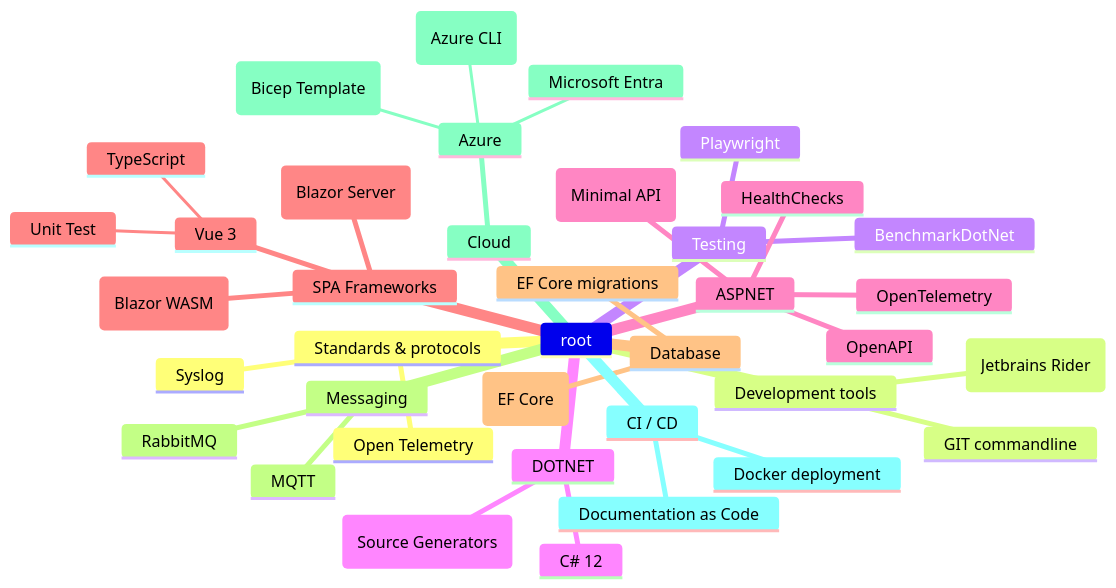
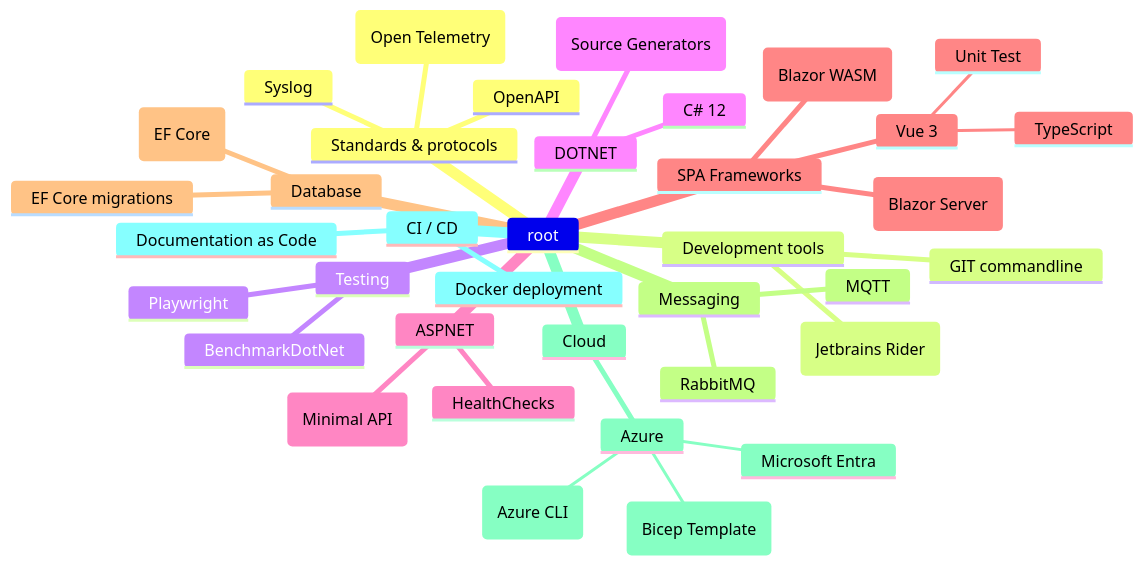
Before and after one commit to renevdhoek/renevdhoek: the second of 2 diagrams in README.md, drawn with Mermaid.

````diff
--- a/README.md
+++ b/README.md
@@ -11,41 +11,40 @@
 ```mermaid
 mindmap
   root
     Standards & protocols
         Syslog
-        Open Telemetry
+        OpenAPI
+        (Open Telemetry)
     Development tools      
         GIT commandline
         (Jetbrains Rider)
     Testing
       Playwright
       BenchmarkDotNet
     DOTNET
       C# 12
       (Source Generators)    
     ASPNET
       HealthChecks
-      OpenAPI
-      OpenTelemetry
       (Minimal API)
     SPA Frameworks
       Vue 3
         Unit Test
         TypeScript
       (Blazor Server)
       (Blazor WASM)
     Database
       EF Core migrations
       (EF Core)
     Messaging
       MQTT
       RabbitMQ
     Cloud
       Azure
         Microsoft Entra
         (Bicep Template)
         (Azure CLI)
     CI / CD
       Docker deployment
       Documentation as Code
 ```
````
